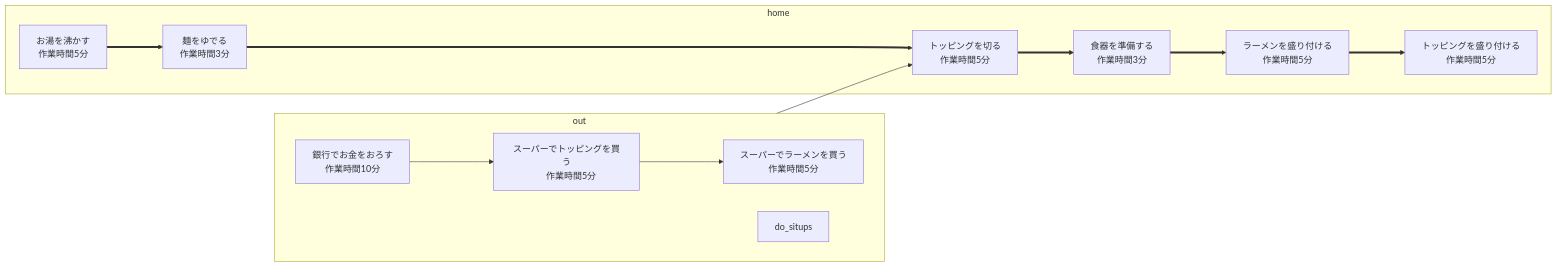
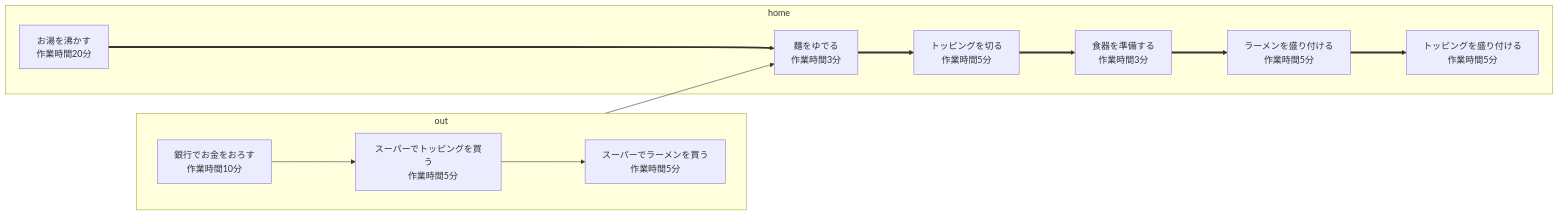
Before and after one commit to kikuchihibiki/profile: the diagram in WBS_1_3_izon.md, drawn with Mermaid.

Commit message:
演習

````diff
--- a/WBS_1_3_izon.md
+++ b/WBS_1_3_izon.md
@@ -1,57 +1,54 @@
 ```mermaid
 
 graph LR;
 
     goto_bank["銀行でお金をおろす
     作業時間10分"]
 
     goto_super["スーパーでトッピングを買う
     作業時間5分"]
 
     bay_men["スーパーでラーメンを買う
     作業時間5分"]
 
     boil_hotwater["お湯を沸かす
-    作業時間5分"]
+    作業時間20分"]
 
     boil_men["麺をゆでる
     作業時間3分"]
 
     cut_topping["トッピングを切る
     作業時間5分"]
 
     junbi["食器を準備する
     作業時間3分"]
 
     morituke["ラーメンを盛り付ける
     作業時間5分"]
 
     morituke_topping["トッピングを盛り付ける
     作業時間5分"]
 
 
 
 subgraph "out"
 
  direction LR
 
  goto_bank--->goto_super--->bay_men;
 
-
-   do_situps
-
 end
 
 
 subgraph "home"
 
  boil_hotwater===>boil_men===>cut_topping===>junbi===>morituke===>morituke_topping;
 
 end
 
 
 
- bay_men-->  cut_topping
+ bay_men-->  boil_men
 
 
 ```
````
